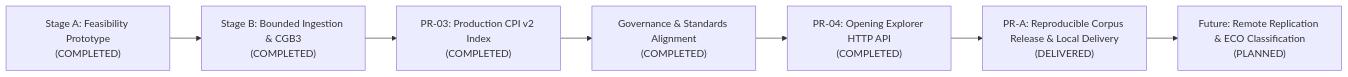
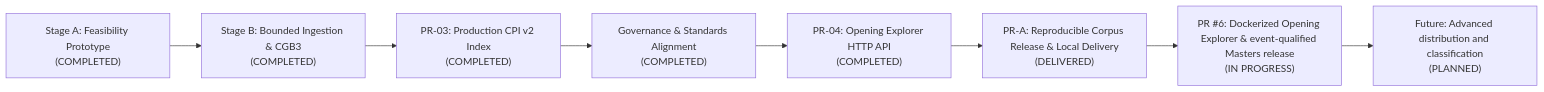
One commit to Nerver-zip/chess-database-api changed the diagram in docs/ROADMAP.md. Above: the diagram before and after it, drawn with Mermaid. The commit also changed other lines of this file and 58 other files, not shown here.

Commit message:
feat(deploy): add containerized opening explorer

````diff
--- a/docs/ROADMAP.md
+++ b/docs/ROADMAP.md
@@ -15,9 +15,10 @@
 ```mermaid
 flowchart LR
     M1["Stage A: Feasibility Prototype<br/>(COMPLETED)"] --> M2["Stage B: Bounded Ingestion & CGB3<br/>(COMPLETED)"]
     M2 --> M3["PR-03: Production CPI v2 Index<br/>(COMPLETED)"]
     M3 --> M4["Governance & Standards Alignment<br/>(COMPLETED)"]
     M4 --> M5["PR-04: Opening Explorer HTTP API<br/>(COMPLETED)"]
     M5 --> M5b["PR-A: Reproducible Corpus Release & Local Delivery<br/>(DELIVERED)"]
-    M5b --> M6["Future: Remote Replication & ECO Classification<br/>(PLANNED)"]
+    M5b --> M5c["PR #6: Dockerized Opening Explorer & event-qualified Masters release<br/>(IN PROGRESS)"]
+    M5c --> M6["Future: Advanced distribution and classification<br/>(PLANNED)"]
 ```
````
